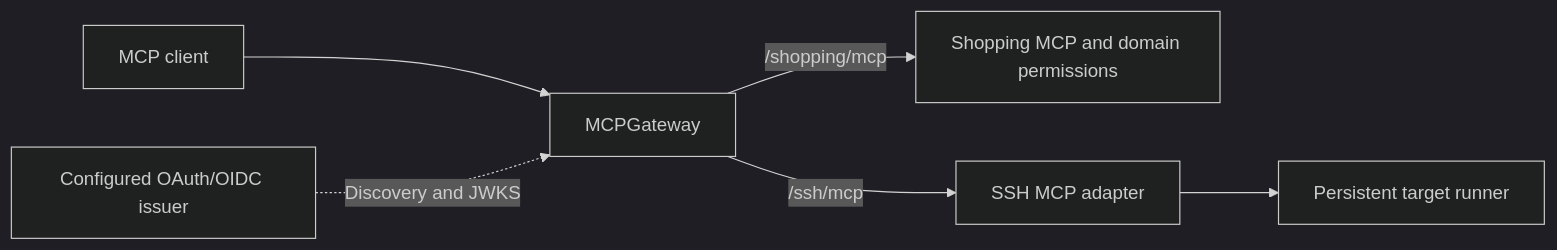
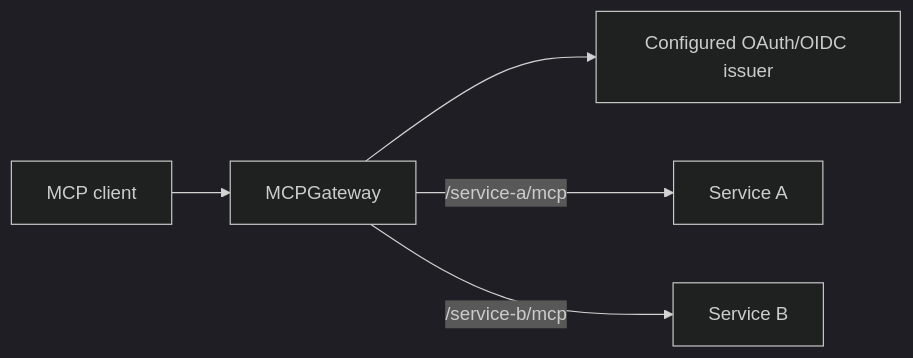
The diagram in MCPGateway/README.md (VVivid/vvivid-workspace), drawn with Mermaid (dark theme) before and after one commit. The commit also changed other lines of this file and 42 other files, not shown here.

Commit message:
refactor(mcp-gateway): isolate standalone MVP and local agent demo

````diff
--- a/MCPGateway/README.md
+++ b/MCPGateway/README.md
@@ -12,8 +9,7 @@
 ```mermaid
 flowchart LR
-    Client[MCP client] --> Gateway[MCPGateway]
-    Provider[Configured OAuth/OIDC issuer] -. Discovery and JWKS .-> Gateway
-    Gateway -->|/shopping/mcp| Shopping[Shopping MCP and domain permissions]
-    Gateway -->|/ssh/mcp| SSH[SSH MCP adapter]
-    SSH --> Runner[Persistent target runner]
+    Agent[MCP client] --> Gateway[MCPGateway]
+    Gateway --> Issuer[Configured OAuth/OIDC issuer]
+    Gateway -->|/service-a/mcp| A[Service A]
+    Gateway -->|/service-b/mcp| B[Service B]
 ```
````
